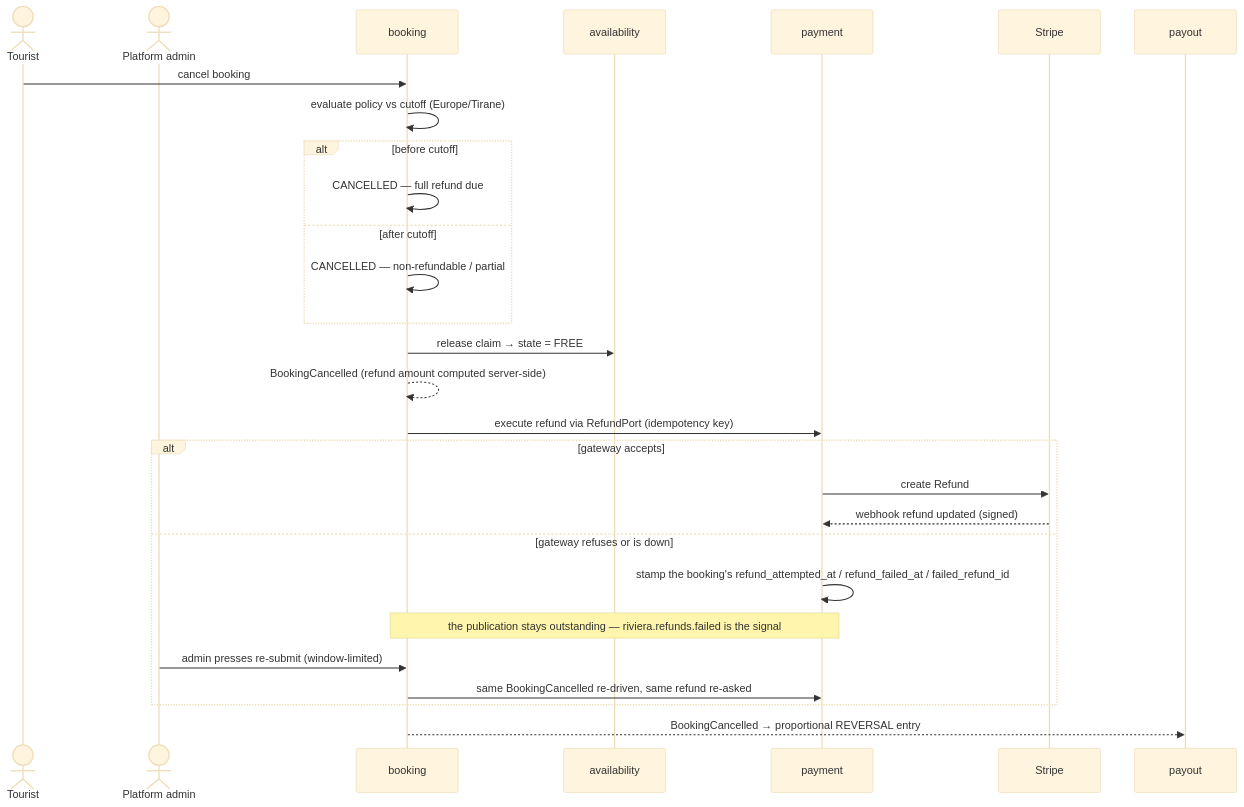
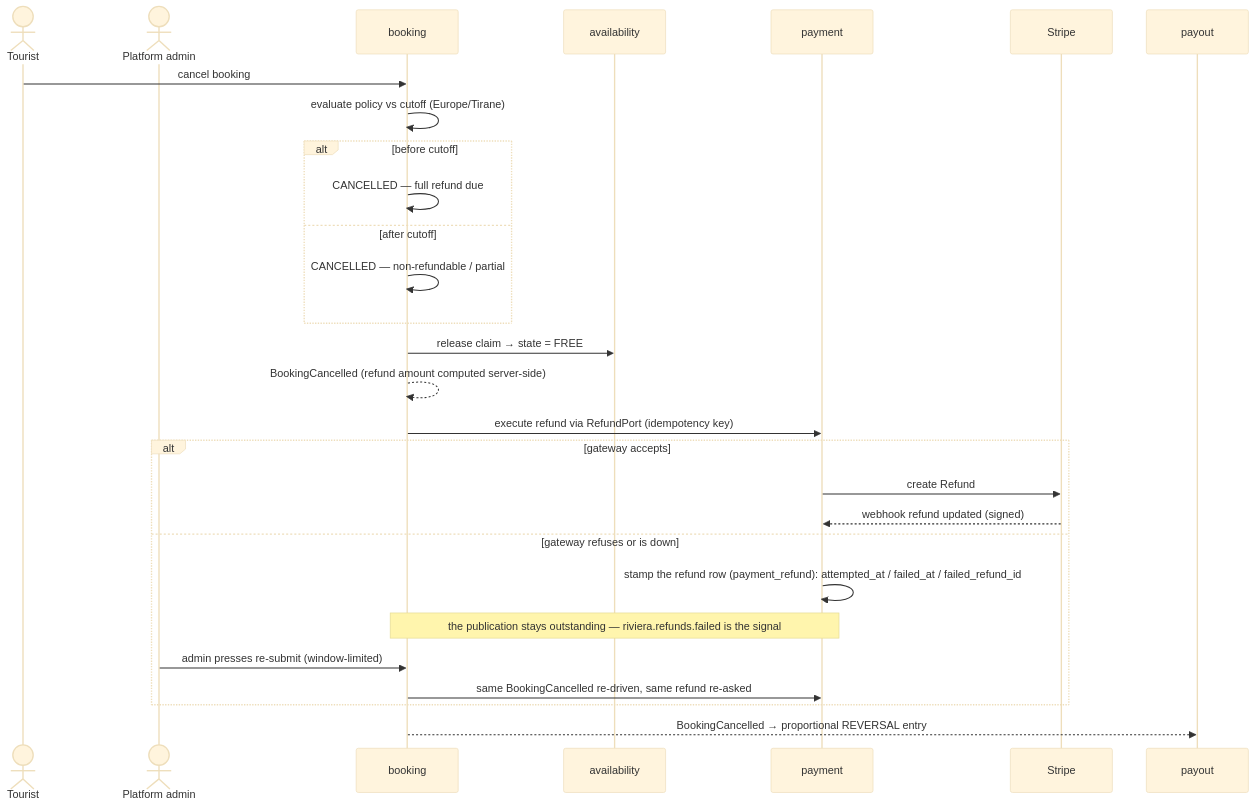
Before and after one commit to ivopogace/riviera-sunbed-booking: diagram 13 of 15 in docs/architecture/domain-model.md, drawn with Mermaid (base theme). The commit also changed other lines of this file and 141 other files, not shown here.

````diff
--- a/docs/architecture/domain-model.md
+++ b/docs/architecture/domain-model.md
@@ -859,31 +871,31 @@
 ```mermaid
 sequenceDiagram
     actor T as Tourist
     actor Adm as Platform admin
     participant B as booking
     participant A as availability
     participant P as payment
     participant S as Stripe
     participant L as payout
 
     T->>B: cancel booking
     B->>B: evaluate policy vs cutoff (Europe/Tirane)
     alt before cutoff
         B->>B: CANCELLED — full refund due
     else after cutoff
         B->>B: CANCELLED — non-refundable / partial
     end
     B->>A: release claim → state = FREE
     B-->>B: BookingCancelled (refund amount computed server-side)
     B->>P: execute refund via RefundPort (idempotency key)
     alt gateway accepts
         P->>S: create Refund
         S-->>P: webhook refund updated (signed)
     else gateway refuses or is down
-        P->>P: stamp the booking's refund_attempted_at / refund_failed_at / failed_refund_id
+        P->>P: stamp the refund row (payment_refund): attempted_at / failed_at / failed_refund_id
         Note over B,P: the publication stays outstanding — riviera.refunds.failed is the signal
         Adm->>B: admin presses re-submit (window-limited)
         B->>P: same BookingCancelled re-driven, same refund re-asked
     end
     B-->>L: BookingCancelled → proportional REVERSAL entry
 ```
````
